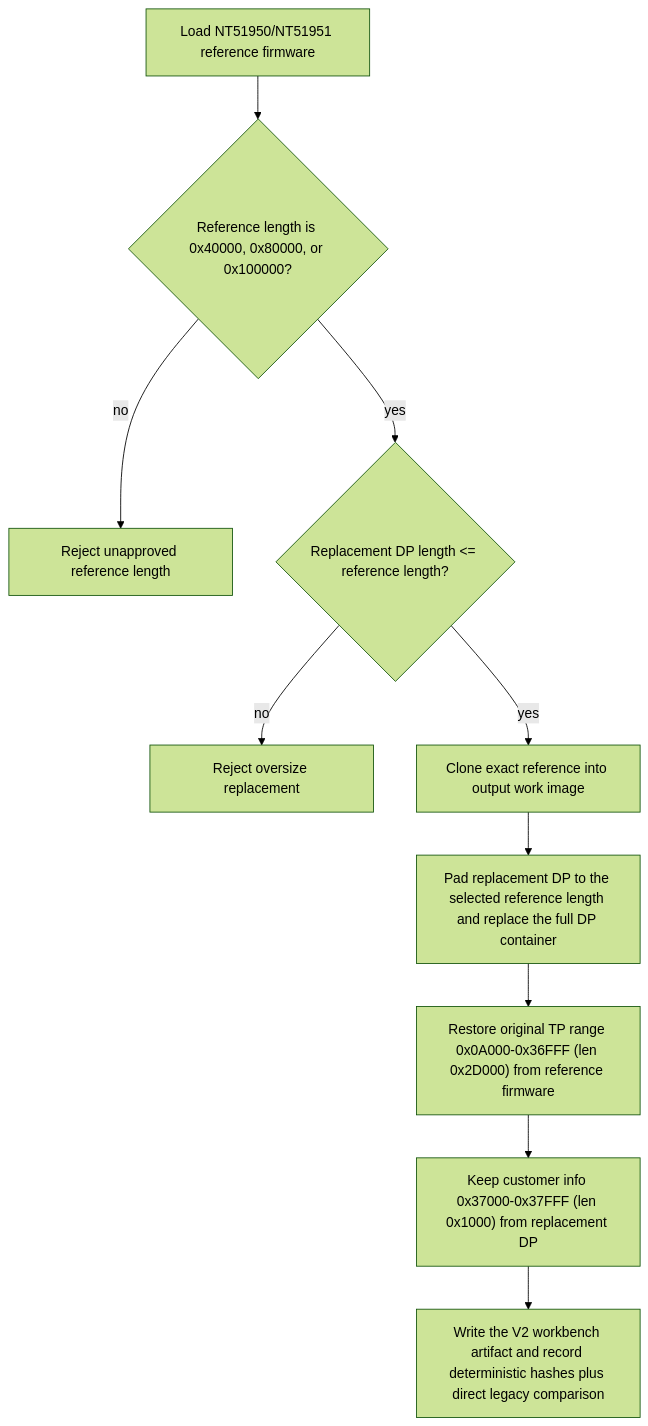
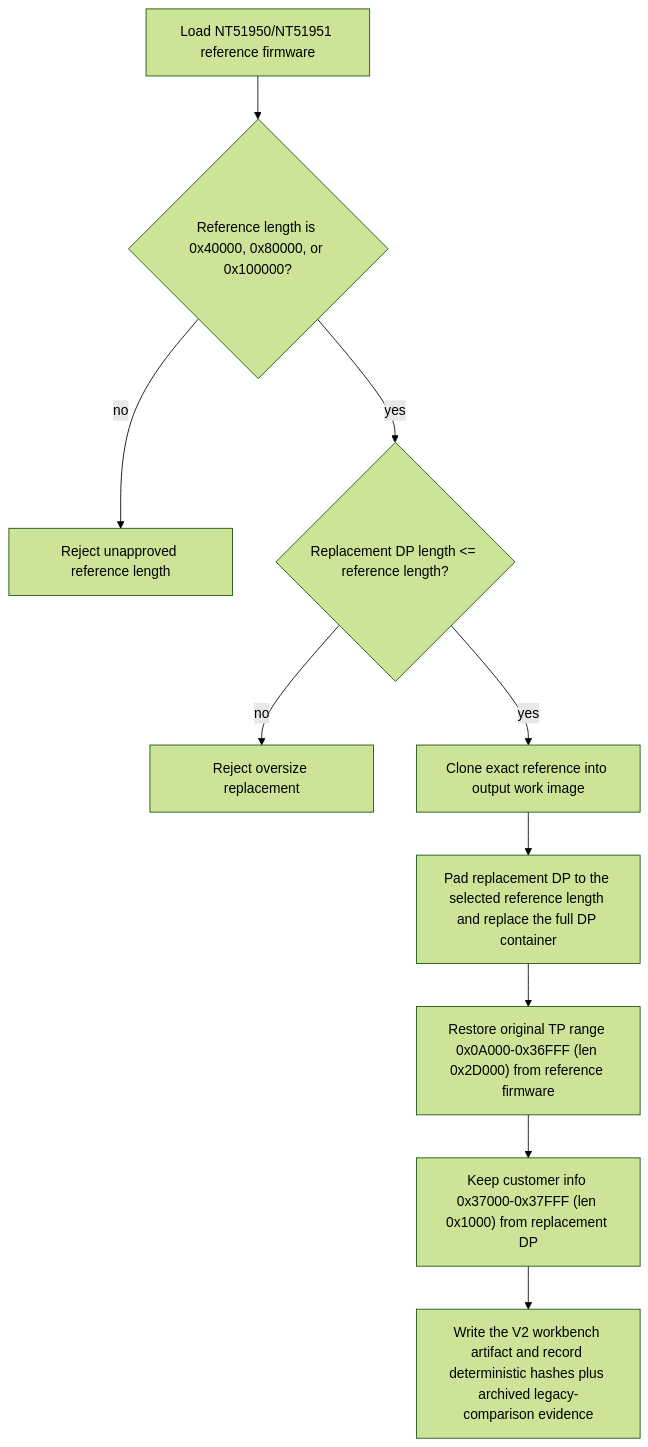
Before and after one commit to Dennis40816/nvt_fw_combiner: the sixth of 12 diagrams in docs/architecture/ic-workflow-flowcharts.md, drawn with Mermaid (forest theme). The commit also changed other lines of this file and 14 other files, not shown here.

````diff
--- a/docs/architecture/ic-workflow-flowcharts.md
+++ b/docs/architecture/ic-workflow-flowcharts.md
@@ -154,12 +154,12 @@
 ```mermaid
 flowchart TD
     A["Load NT51950/NT51951 reference firmware"] --> B{"Reference length is 0x40000, 0x80000, or 0x100000?"}
     B -- "no" --> C["Reject unapproved reference length"]
     B -- "yes" --> D{"Replacement DP length <= reference length?"}
     D -- "no" --> E["Reject oversize replacement"]
     D -- "yes" --> F["Clone exact reference into output work image"]
     F --> G["Pad replacement DP to the selected reference length and replace the full DP container"]
     G --> H["Restore original TP range 0x0A000-0x36FFF (len 0x2D000) from reference firmware"]
     H --> I["Keep customer info 0x37000-0x37FFF (len 0x1000) from replacement DP"]
-    I --> J["Write the V2 workbench artifact and record deterministic hashes plus direct legacy comparison"]
+    I --> J["Write the V2 workbench artifact and record deterministic hashes plus archived legacy-comparison evidence"]
 ```
````
